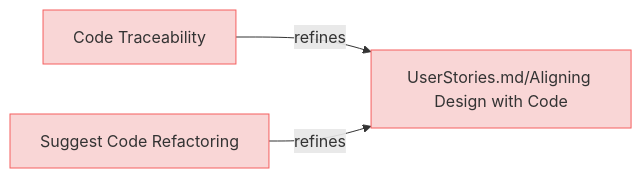
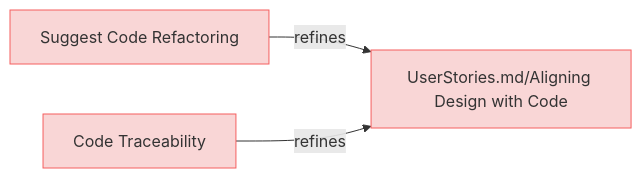
Before and after one commit to reqvire-org/reqvire: the second of 8 diagrams in specifications/UserRequirements.md, drawn with Mermaid. The commit also changed other lines of this file and 37 other files, not shown here.

Commit message:
Allow diagrams with blobs links when configured.

````diff
--- a/specifications/UserRequirements.md
+++ b/specifications/UserRequirements.md
@@ -107,20 +47,20 @@
 ```mermaid
 graph LR;
   %% Graph styling
   classDef requirement fill:#f9d6d6,stroke:#f55f5f,stroke-width:1px;
   classDef verification fill:#d6f9d6,stroke:#5fd75f,stroke-width:1px;
   classDef externalLink fill:#d0e0ff,stroke:#3080ff,stroke-width:1px;
   classDef default fill:#f5f5f5,stroke:#333333,stroke-width:1px;
 
-  8c02a4fb740392b["Code Traceability"];
-  click 8c02a4fb740392b "UserRequirements.md#code-traceability";
-  class 8c02a4fb740392b requirement;
-  a9bc74070fc71e6d["UserStories.md/Aligning Design with Code"];
-  class a9bc74070fc71e6d requirement;
-  click a9bc74070fc71e6d "UserStories.md#aligning-design-with-code";
-  8c02a4fb740392b -->|refines| a9bc74070fc71e6d;
-  43dbd0667720212c["Suggest Code Refactoring"];
-  click 43dbd0667720212c "UserRequirements.md#suggest-code-refactoring";
-  class 43dbd0667720212c requirement;
-  43dbd0667720212c -->|refines| a9bc74070fc71e6d;
+  398641ced77f628c["Suggest Code Refactoring"];
+  click 398641ced77f628c "specifications/UserRequirements.md#suggest-code-refactoring#suggest-code-refactoring";
+  class 398641ced77f628c requirement;
+  855a1b3061c7bcdd["UserStories.md/Aligning Design with Code"];
+  class 855a1b3061c7bcdd requirement;
+  click 855a1b3061c7bcdd "specifications/UserStories.md#aligning-design-with-code#aligning-design-with-code";
+  398641ced77f628c -->|refines| 855a1b3061c7bcdd;
+  26ca72b617aff229["Code Traceability"];
+  click 26ca72b617aff229 "specifications/UserRequirements.md#code-traceability#code-traceability";
+  class 26ca72b617aff229 requirement;
+  26ca72b617aff229 -->|refines| 855a1b3061c7bcdd;
 ```
````
